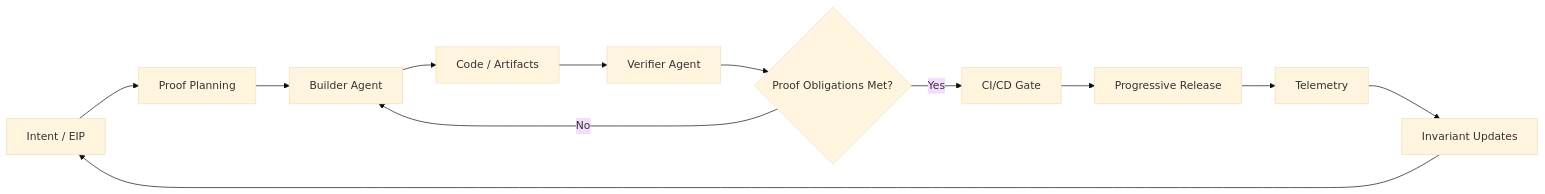
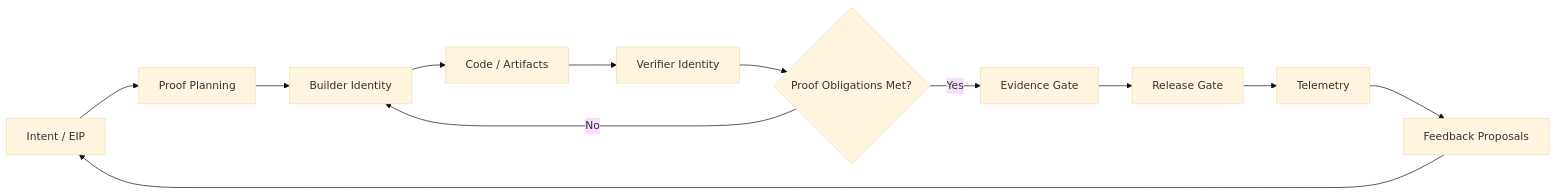
The first of 3 diagrams in Reference Architecture.md (condensate-io/verified-agentic-development), drawn with Mermaid (base theme) before and after one commit. The commit also changed other lines of this file and 254 other files, not shown here.

````diff
--- a/Reference Architecture.md
+++ b/Reference Architecture.md
@@ -6,14 +10,14 @@
 ```mermaid
 flowchart LR
     A[Intent / EIP] --> B[Proof Planning]
-    B --> C[Builder Agent]
+    B --> C[Builder Identity]
     C --> D[Code / Artifacts]
-    D --> E[Verifier Agent]
+    D --> E[Verifier Identity]
     E --> F{Proof Obligations Met?}
     F -->|No| C
-    F -->|Yes| G[CI/CD Gate]
-    G --> H[Progressive Release]
+    F -->|Yes| G[Evidence Gate]
+    G --> H[Release Gate]
     H --> I[Telemetry]
-    I --> J[Invariant Updates]
+    I --> J[Feedback Proposals]
     J --> A
 ```
````
